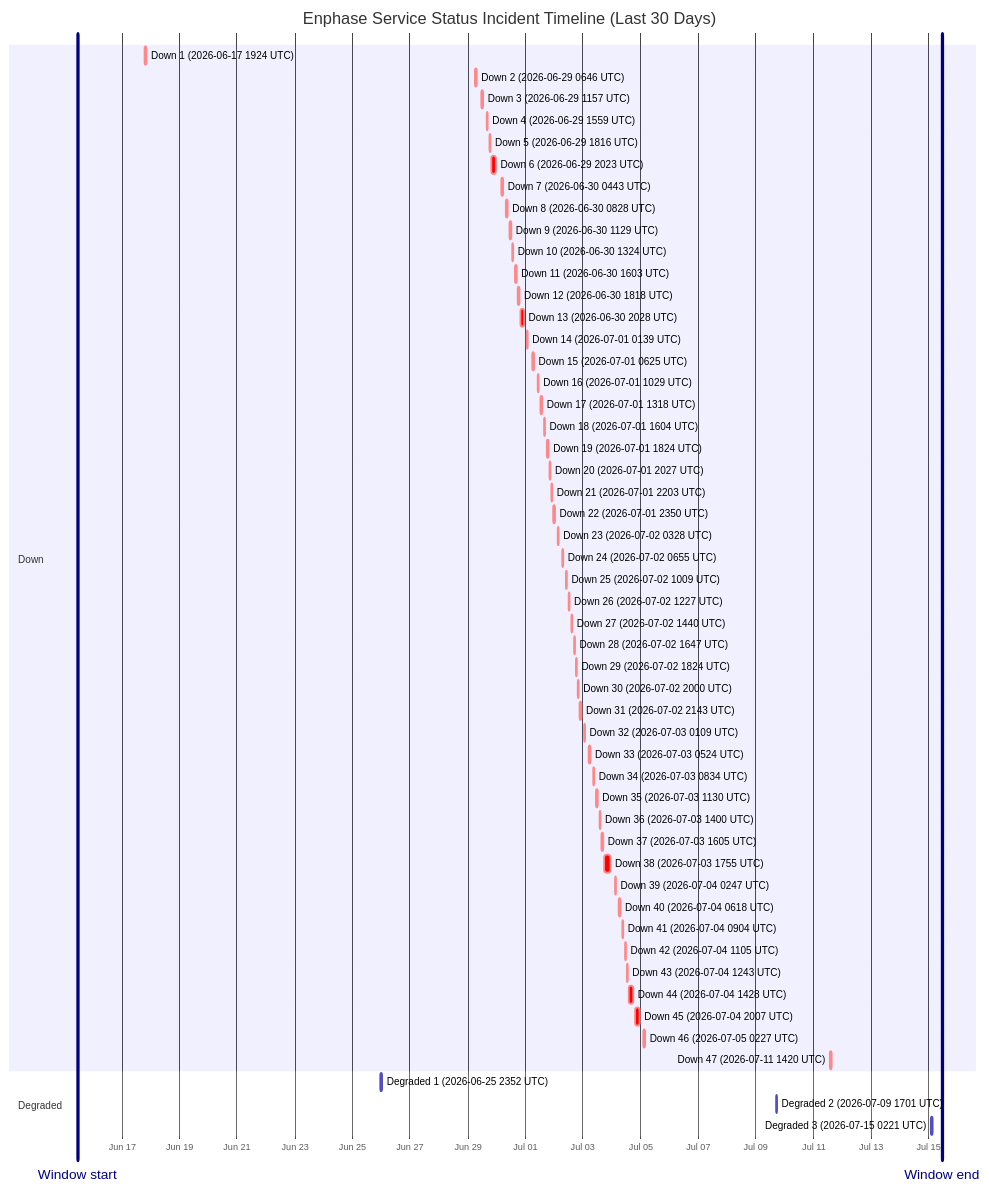
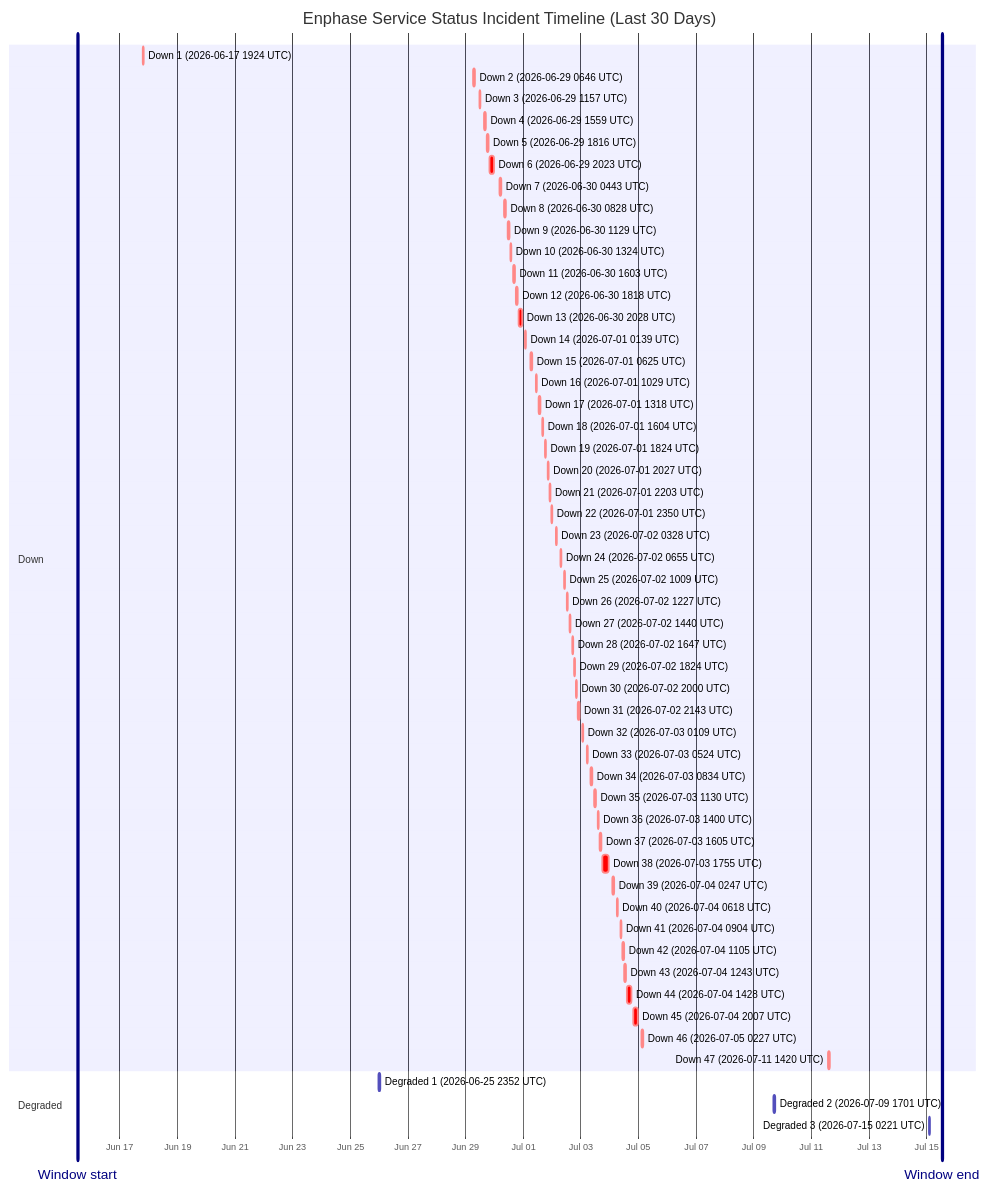
Before and after one commit to barneyonline/ha-enphase-energy: the diagram in wiki/Service-Status-History.md, drawn with Mermaid. The commit also changed other lines of this file and 3 other files, not shown here.

````diff
--- a/wiki/Service-Status-History.md
+++ b/wiki/Service-Status-History.md
@@ -14,60 +14,60 @@
 ```mermaid
 gantt
     title Enphase Service Status Incident Timeline (Last 30 Days)
     dateFormat  YYYY-MM-DDTHH:mm:ss
     axisFormat  %b %d
-    Window start :vert, window-start, 2026-06-15T11:11:35, 0ms
-    Window end :vert, window-end, 2026-07-15T11:11:35, 0ms
+    Window start :vert, window-start, 2026-06-15T12:51:08, 0ms
+    Window end :vert, window-end, 2026-07-15T12:51:08, 0ms
     section Down
     Down 1 (2026-06-17 1924 UTC) :crit, down-1, 2026-06-17T19:24:51, 60m
     Down 2 (2026-06-29 0646 UTC) :crit, down-2, 2026-06-29T06:46:18, 60m
     Down 3 (2026-06-29 1157 UTC) :crit, down-3, 2026-06-29T11:57:36, 60m
     Down 4 (2026-06-29 1559 UTC) :crit, down-4, 2026-06-29T15:59:02, 60m
     Down 5 (2026-06-29 1816 UTC) :crit, down-5, 2026-06-29T18:16:38, 60m
     Down 6 (2026-06-29 2023 UTC) :crit, down-6, 2026-06-29T20:23:16, 220m
     Down 7 (2026-06-30 0443 UTC) :crit, down-7, 2026-06-30T04:43:54, 60m
     Down 8 (2026-06-30 0828 UTC) :crit, down-8, 2026-06-30T08:28:43, 60m
     Down 9 (2026-06-30 1129 UTC) :crit, down-9, 2026-06-30T11:29:15, 60m
     Down 10 (2026-06-30 1324 UTC) :crit, down-10, 2026-06-30T13:24:25, 60m
     Down 11 (2026-06-30 1603 UTC) :crit, down-11, 2026-06-30T16:03:26, 60m
     Down 12 (2026-06-30 1818 UTC) :crit, down-12, 2026-06-30T18:18:39, 60m
     Down 13 (2026-06-30 2028 UTC) :crit, down-13, 2026-06-30T20:28:54, 171m
     Down 14 (2026-07-01 0139 UTC) :crit, down-14, 2026-07-01T01:39:18, 60m
     Down 15 (2026-07-01 0625 UTC) :crit, down-15, 2026-07-01T06:25:35, 60m
     Down 16 (2026-07-01 1029 UTC) :crit, down-16, 2026-07-01T10:29:24, 60m
     Down 17 (2026-07-01 1318 UTC) :crit, down-17, 2026-07-01T13:18:31, 60m
     Down 18 (2026-07-01 1604 UTC) :crit, down-18, 2026-07-01T16:04:29, 60m
     Down 19 (2026-07-01 1824 UTC) :crit, down-19, 2026-07-01T18:24:21, 60m
     Down 20 (2026-07-01 2027 UTC) :crit, down-20, 2026-07-01T20:27:17, 60m
     Down 21 (2026-07-01 2203 UTC) :crit, down-21, 2026-07-01T22:03:46, 60m
     Down 22 (2026-07-01 2350 UTC) :crit, down-22, 2026-07-01T23:50:52, 60m
     Down 23 (2026-07-02 0328 UTC) :crit, down-23, 2026-07-02T03:28:33, 60m
     Down 24 (2026-07-02 0655 UTC) :crit, down-24, 2026-07-02T06:55:07, 60m
     Down 25 (2026-07-02 1009 UTC) :crit, down-25, 2026-07-02T10:09:15, 60m
     Down 26 (2026-07-02 1227 UTC) :crit, down-26, 2026-07-02T12:27:49, 60m
     Down 27 (2026-07-02 1440 UTC) :crit, down-27, 2026-07-02T14:40:53, 60m
     Down 28 (2026-07-02 1647 UTC) :crit, down-28, 2026-07-02T16:47:47, 60m
     Down 29 (2026-07-02 1824 UTC) :crit, down-29, 2026-07-02T18:24:26, 60m
     Down 30 (2026-07-02 2000 UTC) :crit, down-30, 2026-07-02T20:00:57, 60m
     Down 31 (2026-07-02 2143 UTC) :crit, down-31, 2026-07-02T21:43:52, 80m
     Down 32 (2026-07-03 0109 UTC) :crit, down-32, 2026-07-03T01:09:19, 60m
     Down 33 (2026-07-03 0524 UTC) :crit, down-33, 2026-07-03T05:24:23, 60m
     Down 34 (2026-07-03 0834 UTC) :crit, down-34, 2026-07-03T08:34:05, 60m
     Down 35 (2026-07-03 1130 UTC) :crit, down-35, 2026-07-03T11:30:41, 60m
     Down 36 (2026-07-03 1400 UTC) :crit, down-36, 2026-07-03T14:00:48, 60m
     Down 37 (2026-07-03 1605 UTC) :crit, down-37, 2026-07-03T16:05:49, 60m
     Down 38 (2026-07-03 1755 UTC) :crit, down-38, 2026-07-03T17:55:54, 338m
     Down 39 (2026-07-04 0247 UTC) :crit, down-39, 2026-07-04T02:47:22, 60m
     Down 40 (2026-07-04 0618 UTC) :crit, down-40, 2026-07-04T06:18:09, 60m
     Down 41 (2026-07-04 0904 UTC) :crit, down-41, 2026-07-04T09:04:41, 60m
     Down 42 (2026-07-04 1105 UTC) :crit, down-42, 2026-07-04T11:05:21, 60m
     Down 43 (2026-07-04 1243 UTC) :crit, down-43, 2026-07-04T12:43:25, 60m
     Down 44 (2026-07-04 1428 UTC) :crit, down-44, 2026-07-04T14:28:07, 243m
     Down 45 (2026-07-04 2007 UTC) :crit, down-45, 2026-07-04T20:07:50, 206m
     Down 46 (2026-07-05 0227 UTC) :crit, down-46, 2026-07-05T02:27:32, 109m
     Down 47 (2026-07-11 1420 UTC) :crit, down-47, 2026-07-11T14:20:54, 69m
     section Degraded
     Degraded 1 (2026-06-25 2352 UTC) :active, degraded-1, 2026-06-25T23:52:01, 60m
     Degraded 2 (2026-07-09 1701 UTC) :active, degraded-2, 2026-07-09T17:01:02, 60m
     Degraded 3 (2026-07-15 0221 UTC) :active, degraded-3, 2026-07-15T02:21:35, 60m
 ```
````
